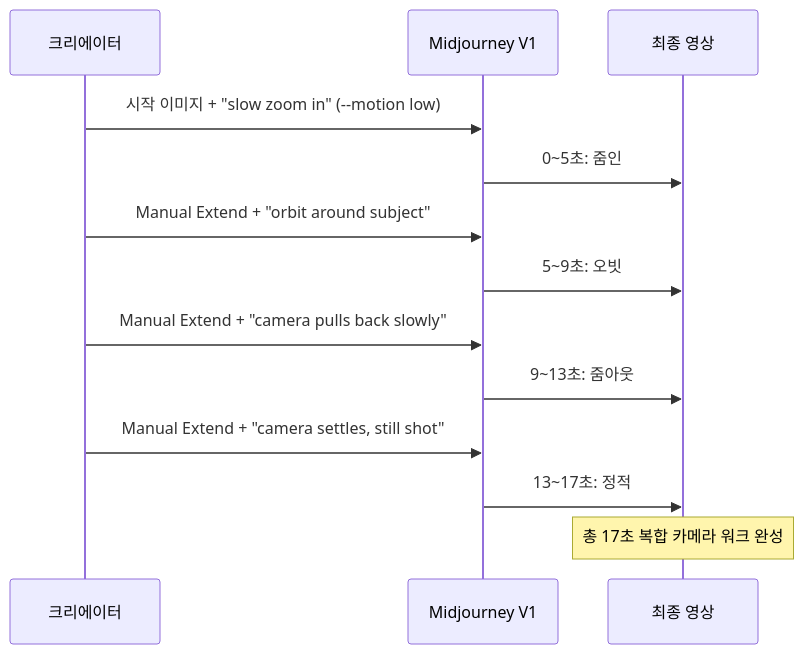
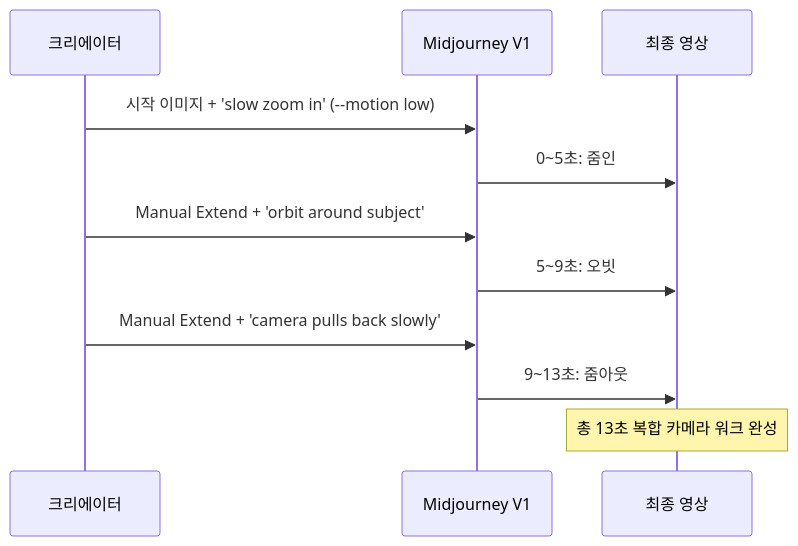
The third of 3 diagrams in 10-ch10-midjourney-영상-생성/03-03-모션과-카메라-제어.md (jsonpassion/forge-tutorial-promptcanvas), drawn with Mermaid before and after one commit. The commit also changed other lines of this file and 63 other files, not shown here.

````diff
--- a/10-ch10-midjourney-영상-생성/03-03-모션과-카메라-제어.md
+++ b/10-ch10-midjourney-영상-생성/03-03-모션과-카메라-제어.md
@@ -241,16 +171,13 @@
 ```mermaid
 sequenceDiagram
     participant U as 크리에이터
     participant M as Midjourney V1
     participant V as 최종 영상
-    
-    U->>M: 시작 이미지 + "slow zoom in" (--motion low)
+    U->>M: 시작 이미지 + 'slow zoom in' (--motion low)
     M->>V: 0~5초: 줌인
-    U->>M: Manual Extend + "orbit around subject"
+    U->>M: Manual Extend + 'orbit around subject'
     M->>V: 5~9초: 오빗
-    U->>M: Manual Extend + "camera pulls back slowly"
+    U->>M: Manual Extend + 'camera pulls back slowly'
     M->>V: 9~13초: 줌아웃
-    U->>M: Manual Extend + "camera settles, still shot"
-    M->>V: 13~17초: 정적
-    Note over V: 총 17초 복합 카메라 워크 완성
+    Note over V: 총 13초 복합 카메라 워크 완성
 ```
````
